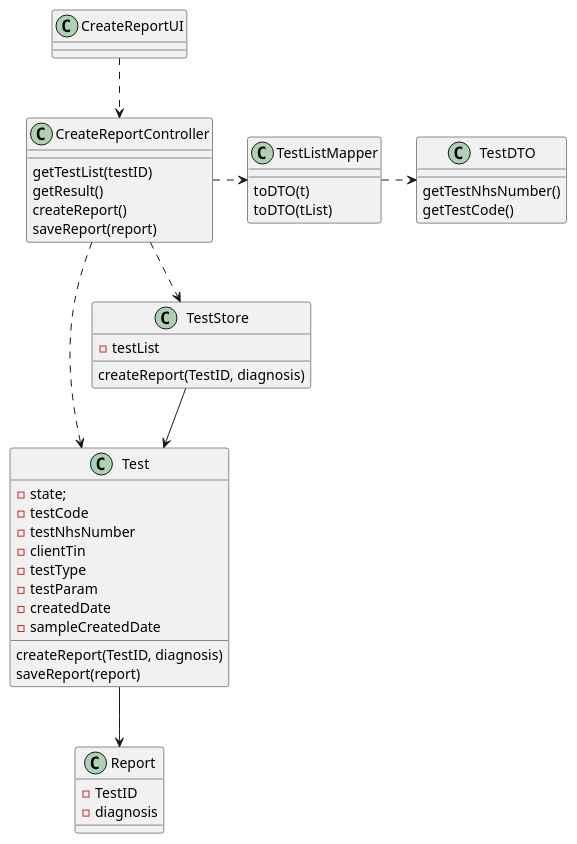
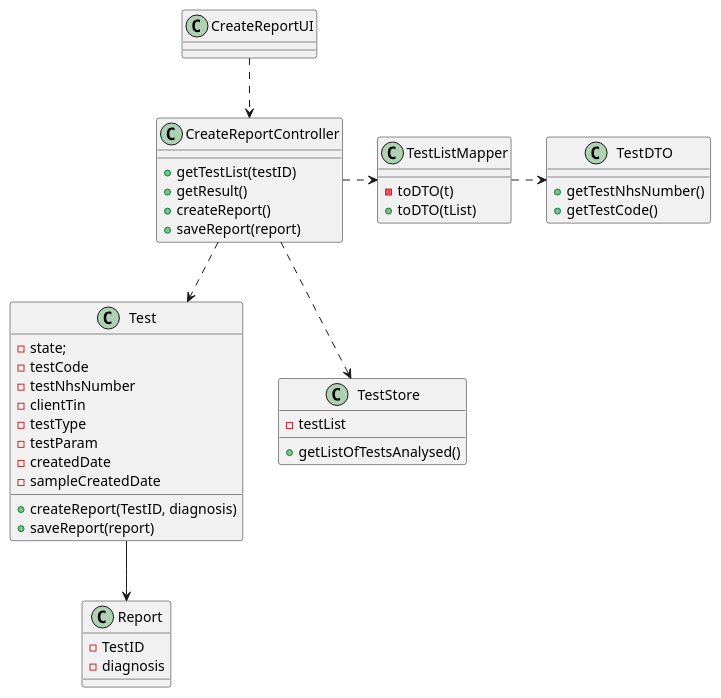
The diagram in docs/SprintC/US14/US14_CD.puml (MarianaCLages/LAPR2), drawn with PlantUML before and after one commit. The commit also changed 9 other files, not shown here.

```diff
--- a/docs/SprintC/US14/US14_CD.puml
+++ b/docs/SprintC/US14/US14_CD.puml
@@ -1,58 +1,57 @@
 @startuml
 
 class CreateReportUI {
 
 }
 
 class CreateReportController{
-getTestList(testID)
-getResult()
-createReport()
-saveReport(report)
++getTestList(testID)
++getResult()
++createReport()
++saveReport(report)
 
 }
 
 class TestListMapper{
-toDTO(t)
-toDTO(tList)
+-toDTO(t)
++toDTO(tList)
 }
 
 class TestDTO{
-getTestNhsNumber()
-getTestCode()
++getTestNhsNumber()
++getTestCode()
 }
 
 class Test{
 -state;
 -testCode
 -testNhsNumber
 -clientTin
 -testType
 -testParam
 -createdDate
 -sampleCreatedDate
 
-createReport(TestID, diagnosis)
-saveReport(report)
++createReport(TestID, diagnosis)
++saveReport(report)
  }
 
 class TestStore{
 -testList
-createReport(TestID, diagnosis)
++getListOfTestsAnalysed()
 }
 
 class Report{
 -TestID
 -diagnosis
 
 }
 
 CreateReportUI ..> CreateReportController
 CreateReportController .> TestListMapper
 TestListMapper .> TestDTO
 CreateReportController ..> Test
 CreateReportController ..> TestStore
-TestStore --> Test
 Test --> Report
 
 @enduml
```
